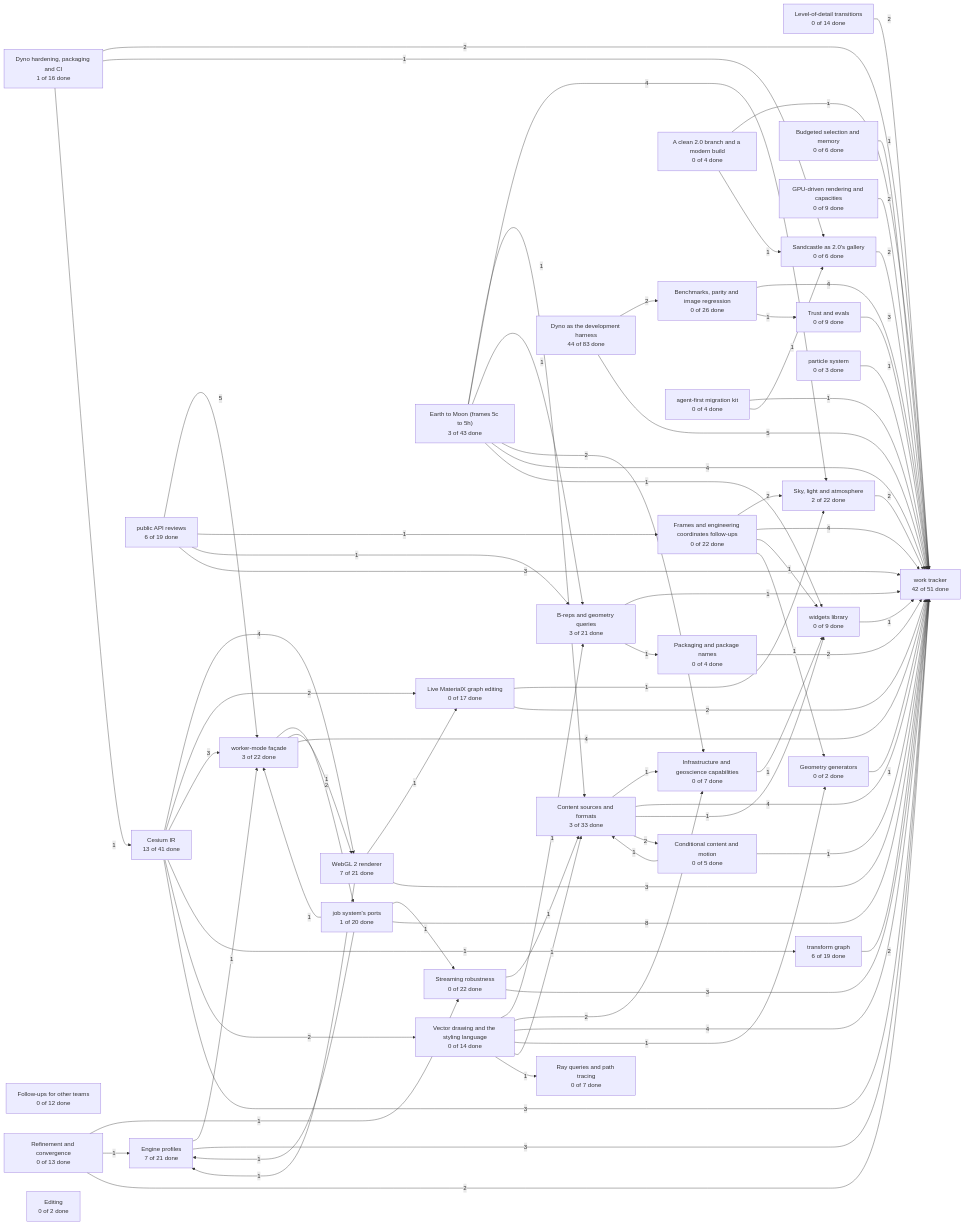
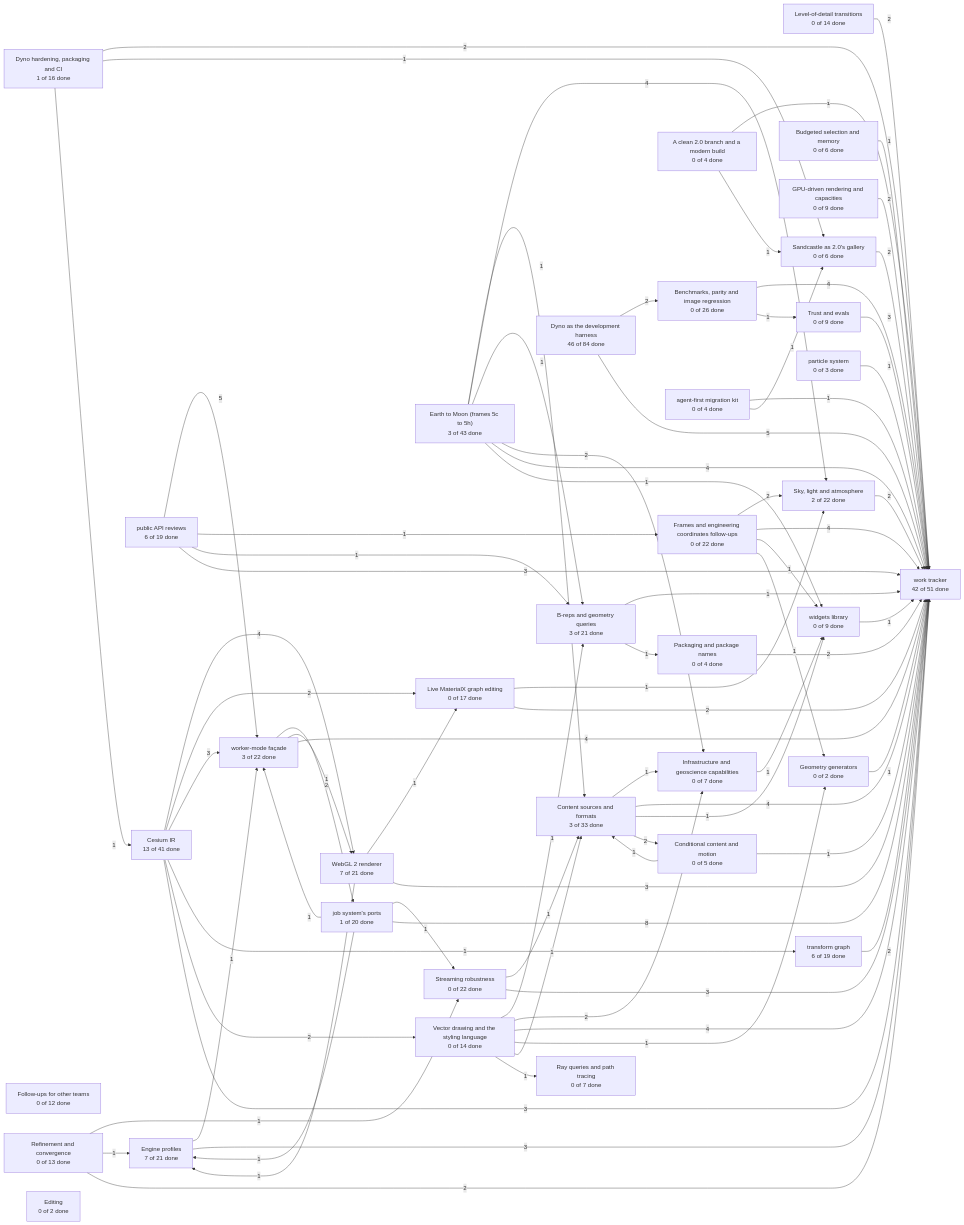
The diagram in packages/next/work/views/projects-graph.md (CesiumGS/cesium), drawn with Mermaid before and after one commit. The commit also changed 7 other files, not shown here.

```diff
--- a/packages/next/work/views/projects-graph.md
+++ b/packages/next/work/views/projects-graph.md
@@ -28,7 +28,7 @@
   CS_197["Ray queries and path tracing<br/>0 of 7 done"]
   CS_198["GPU-driven rendering and capacities<br/>0 of 9 done"]
   CS_199["Dyno hardening, packaging and CI<br/>1 of 16 done"]
-  CS_389["Dyno as the development harness<br/>44 of 83 done"]
+  CS_389["Dyno as the development harness<br/>46 of 84 done"]
   CS_437["public API reviews<br/>6 of 19 done"]
   CS_579["Editing<br/>0 of 2 done"]
   CS_584["widgets library<br/>0 of 9 done"]
```
